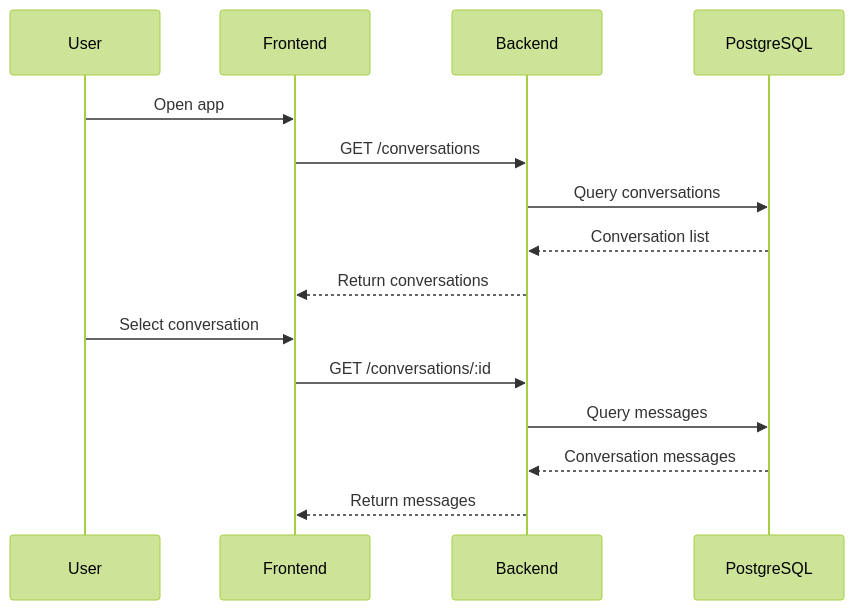
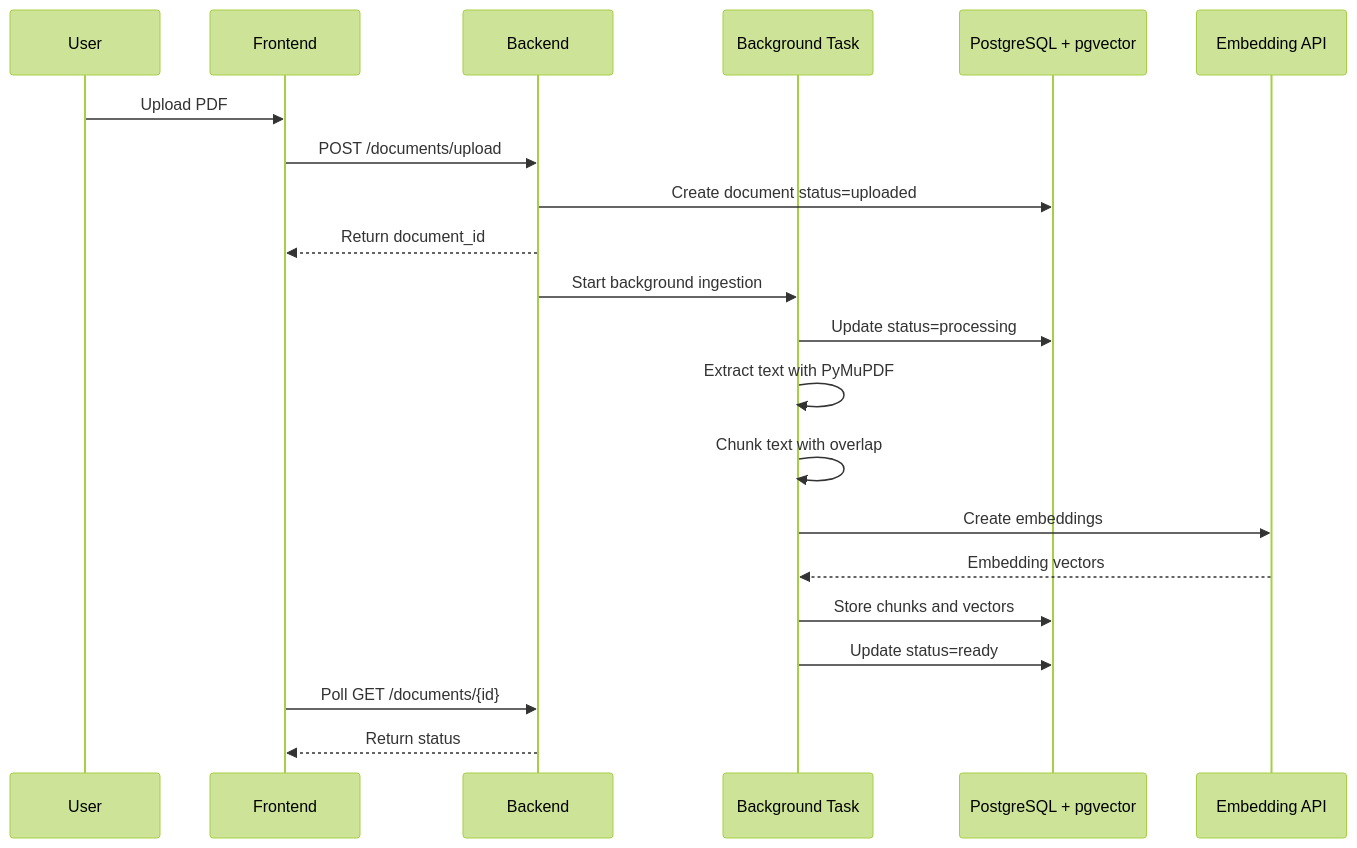
The fourth of 6 diagrams in docs/architecture.md (wangxx1412/ai-workspace-platform), drawn with Mermaid (forest theme) before and after one commit. The commit also changed other lines of this file and 2 other files, not shown here.

````diff
--- a/docs/architecture.md
+++ b/docs/architecture.md
@@ -57,19 +111,24 @@
 ```mermaid
 sequenceDiagram
     participant User
     participant Frontend
     participant Backend
-    participant DB as PostgreSQL
+    participant Worker as Background Task
+    participant DB as PostgreSQL + pgvector
+    participant OpenAI as Embedding API
 
-    User->>Frontend: Open app
-    Frontend->>Backend: GET /conversations
-    Backend->>DB: Query conversations
-    DB-->>Backend: Conversation list
-    Backend-->>Frontend: Return conversations
-
-    User->>Frontend: Select conversation
-    Frontend->>Backend: GET /conversations/:id
-    Backend->>DB: Query messages
-    DB-->>Backend: Conversation messages
-    Backend-->>Frontend: Return messages
+    User->>Frontend: Upload PDF
+    Frontend->>Backend: POST /documents/upload
+    Backend->>DB: Create document status=uploaded
+    Backend-->>Frontend: Return document_id
+    Backend->>Worker: Start background ingestion
+    Worker->>DB: Update status=processing
+    Worker->>Worker: Extract text with PyMuPDF
+    Worker->>Worker: Chunk text with overlap
+    Worker->>OpenAI: Create embeddings
+    OpenAI-->>Worker: Embedding vectors
+    Worker->>DB: Store chunks and vectors
+    Worker->>DB: Update status=ready
+    Frontend->>Backend: Poll GET /documents/{id}
+    Backend-->>Frontend: Return status
 ```
````
